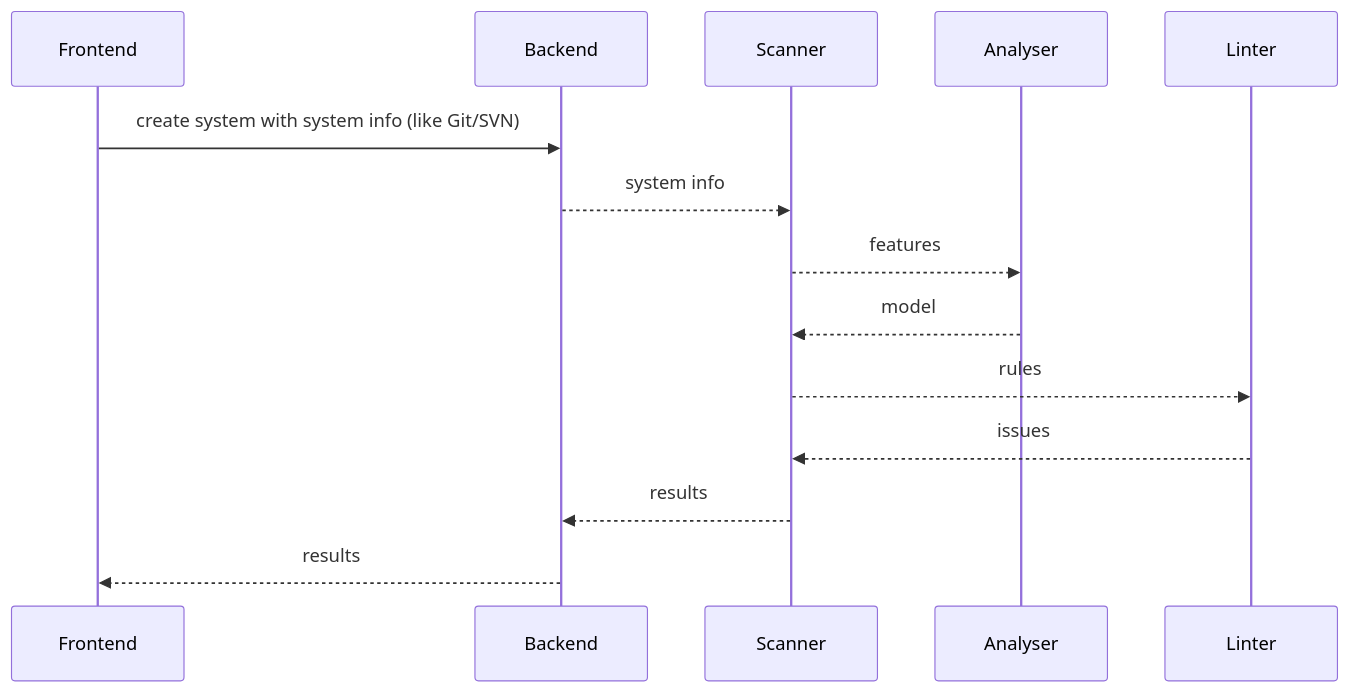
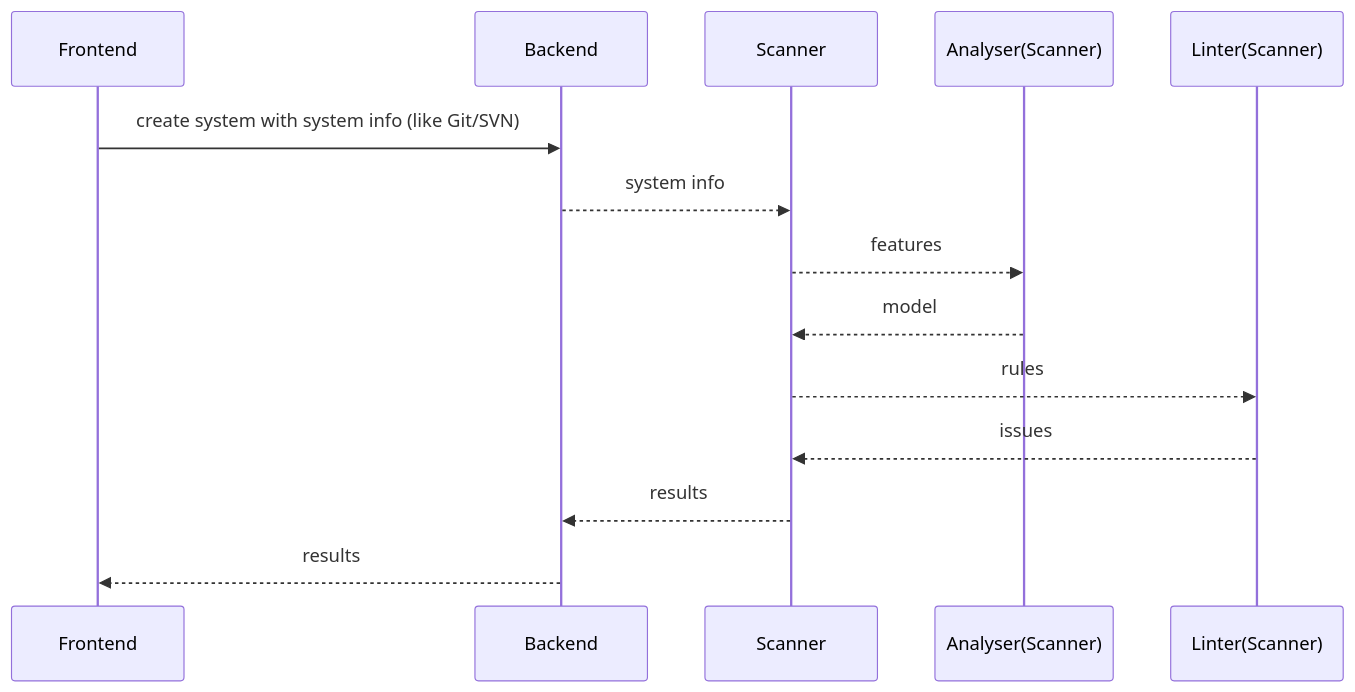
One commit to archguard/.github changed the diagram in profile/README.md. Above: the diagram before and after it, drawn with Mermaid.

````diff
--- a/profile/README.md
+++ b/profile/README.md
@@ -7,11 +7,11 @@
 ```mermaid
 sequenceDiagram
     Frontend->>Backend: create system with system info (like Git/SVN)
     Backend-->>Scanner: system info
-    Scanner-->>Analyser: features
-    Analyser-->>Scanner: model
-    Scanner-->>Linter: rules
-    Linter-->>Scanner: issues
+    Scanner-->>Analyser(Scanner): features
+    Analyser(Scanner)-->>Scanner: model
+    Scanner-->>Linter(Scanner): rules
+    Linter(Scanner)-->>Scanner: issues
     Scanner-->>Backend: results
     Backend-->>Frontend: results
 ```
````
